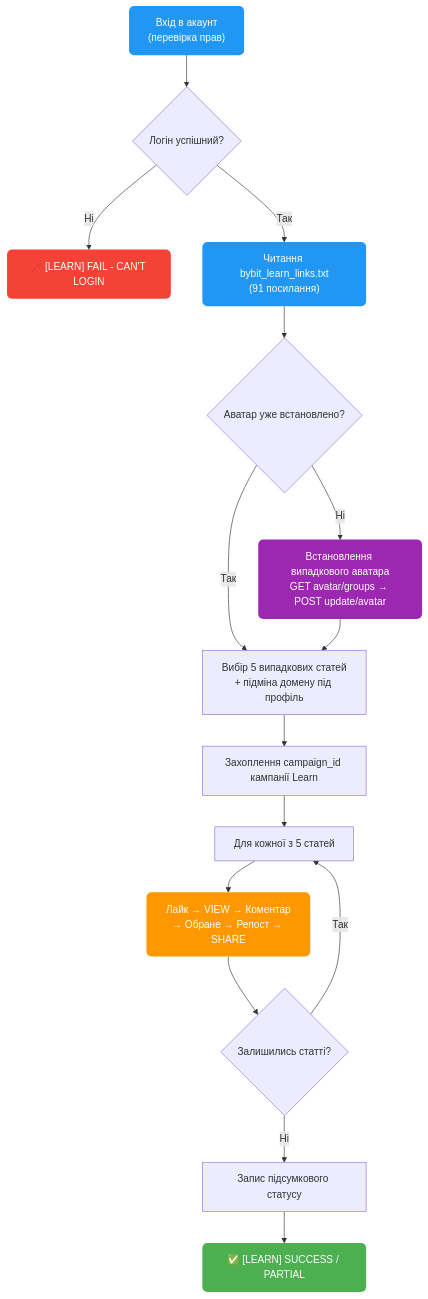
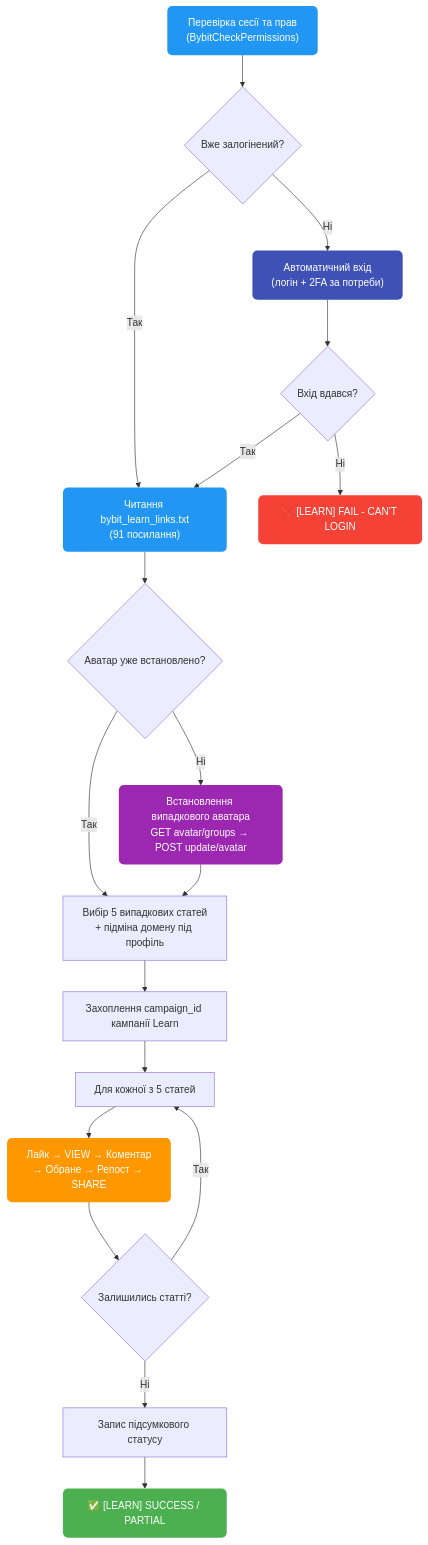
Before and after one commit to AutoPilotSoftware/docs: diagram 11 of 12 in src/content/docs/ua/exchanges/bybit-autopilot.md, drawn with Mermaid. The commit also changed other lines of this file and 2 other files, not shown here.

Commit message:
docs(bybit): learn — diagram shows smart auto-login (not just login-check) (ru/en/ua)
BybitCheckPermissions/BybitCheckVerification auto-runs the login flow (incl. 2FA)
when the profile isn't logged in; [LEARN] FAIL - CAN'T LOGIN only if that
auto-login fails. The old diagram implied 'not logged in -> FAIL'. Added an
explicit Auto sign-in -> Sign-in succeeded? branch and clarified the Requires row.

````diff
--- a/src/content/docs/ua/exchanges/bybit-autopilot.md
+++ b/src/content/docs/ua/exchanges/bybit-autopilot.md
@@ -526,24 +526,28 @@
 ```mermaid
 flowchart TD
-    A["Вхiд в акаунт<br/>(перевiрка прав)"] --> B{"Логiн успiшний?"}
-    B -- "Нi" --> X["❌ [LEARN] FAIL - CAN'T LOGIN"]
+    A["Перевiрка сесiї та прав<br/>(BybitCheckPermissions)"] --> B{"Вже залогiнений?"}
     B -- "Так" --> C["Читання bybit_learn_links.txt<br/>(91 посилання)"]
+    B -- "Нi" --> L["Автоматичний вхiд<br/>(логiн + 2FA за потреби)"]
+    L --> M{"Вхiд вдався?"}
+    M -- "Нi" --> X["❌ [LEARN] FAIL - CAN'T LOGIN"]
+    M -- "Так" --> C
     C --> D{"Аватар уже встановлено?"}
     D -- "Так" --> F["Вибiр 5 випадкових статей<br/>+ пiдмiна домену пiд профiль"]
     D -- "Нi" --> E["Встановлення випадкового аватара<br/>GET avatar/groups → POST update/avatar"]
     E --> F
     F --> G["Захоплення campaign_id кампанiї Learn"]
     G --> H["Для кожної з 5 статей"]
     H --> I["Лайк → VIEW → Коментар<br/>→ Обране → Репост → SHARE"]
     I --> J{"Залишились статтi?"}
     J -- "Так" --> H
     J -- "Нi" --> K["Запис пiдсумкового статусу"]
     K --> S["✅ [LEARN] SUCCESS / PARTIAL"]
 
     style A fill:#2196F3,color:#fff,stroke:none,rx:8
     style C fill:#2196F3,color:#fff,stroke:none,rx:8
+    style L fill:#3F51B5,color:#fff,stroke:none,rx:8
     style E fill:#9C27B0,color:#fff,stroke:none,rx:8
     style I fill:#FF9800,color:#fff,stroke:none,rx:8
     style S fill:#4CAF50,color:#fff,stroke:none,rx:8
     style X fill:#F44336,color:#fff,stroke:none,rx:8
 ```
````
